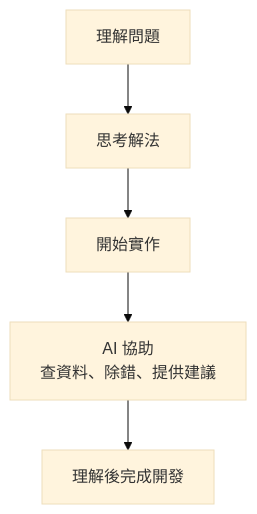
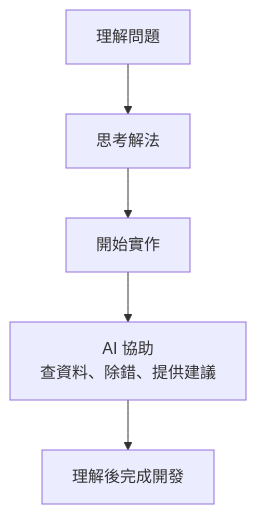
Before and after one commit to fanyuuu2006/fanyu: the diagram in src/contents/posts/ai-software-internship-interview.md, drawn with Mermaid. The commit also changed other lines of this file and 8 other files, not shown here.

````diff
--- a/src/contents/posts/ai-software-internship-interview.md
+++ b/src/contents/posts/ai-software-internship-interview.md
@@ -85,20 +85,20 @@
 ```mermaid
-%%{init: {
-  "theme": "base",
-  "flowchart": {
-    "curve": "linear"
+%%{init： {
+  "theme"： "base",
+  "flowchart"： {
+    "curve"： "linear"
   }
 }}%%
 
 flowchart TD
     A[理解問題]
     B[思考解法]
     C[開始實作]
     D[AI 協助<br/>查資料、除錯、提供建議]
     E[理解後完成開發]
 
     A --> B
     B --> C
     C --> D
     D --> E
 ```
````
